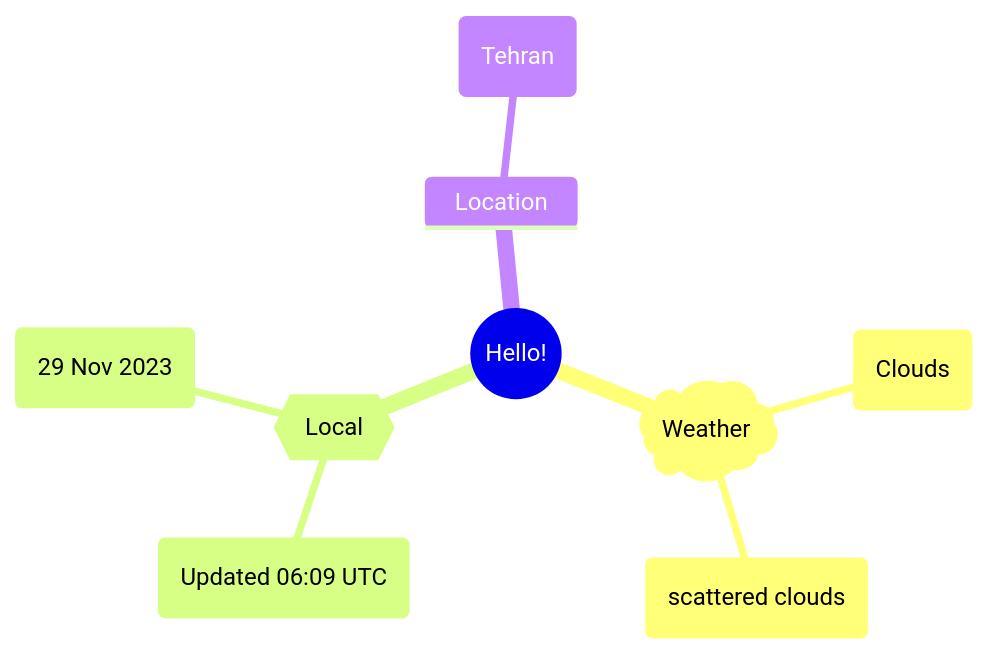
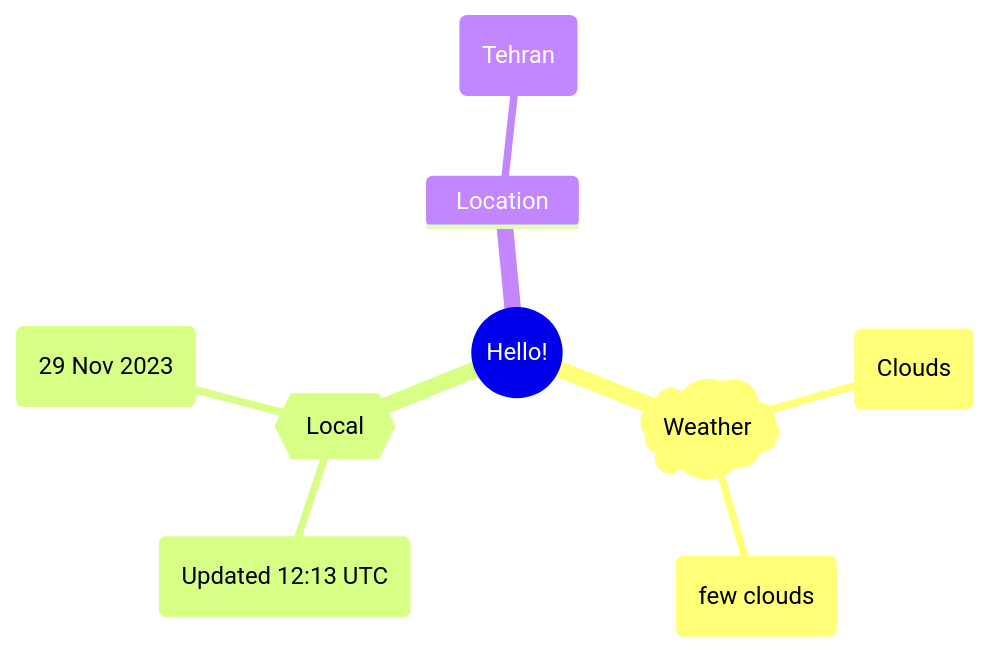
One commit to Xosrov/Xosrov changed the first of 2 diagrams in README.md. Above: the diagram before and after it, drawn with Mermaid.

Commit message:
[bot] updated images

````diff
--- a/README.md
+++ b/README.md
@@ -3,12 +3,12 @@
 ```mermaid
 mindmap
   root((Hello!))
     )Weather(
         (Clouds)
-        (scattered clouds)
+        (few clouds)
     {{Local}}
-        (Updated 06:09 UTC)
+        (Updated 12:13 UTC)
         (29 Nov 2023)
     Location
         (Tehran)
 ```
````
